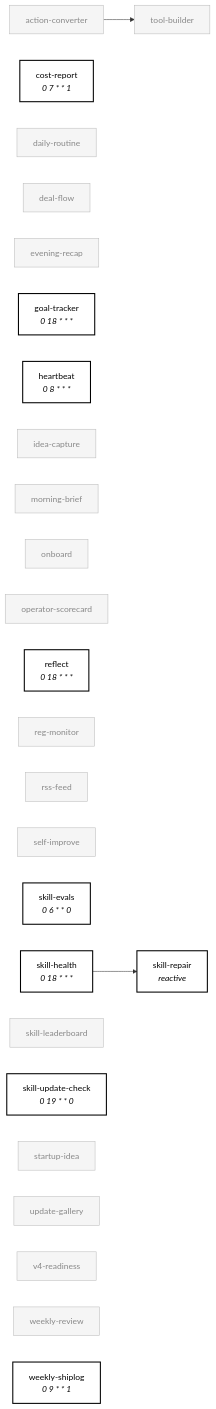
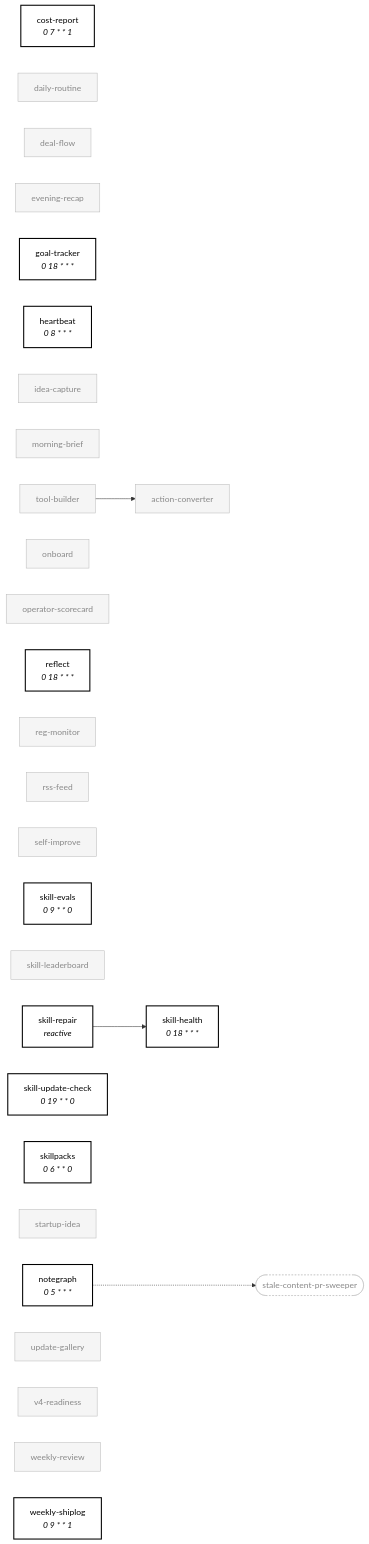
One commit to swarm-ai-research/aeon changed the seventh of 8 diagrams in docs/skill-graph.md. Above: the diagram before and after it, drawn with Mermaid. The commit also changed other lines of this file and 1 other file, not shown here.

First line of the commit message:
docs(skill-graph): regenerate map (172 skills, 43 enabled, mode=SKILL_GRAPH_NEW)

````diff
--- a/docs/skill-graph.md
+++ b/docs/skill-graph.md
@@ -387,25 +414,57 @@
     heartbeat["heartbeat<br/><i>0 8 * * *</i>"]
     idea-capture["idea-capture"]
     morning-brief["morning-brief"]
+    notegraph["notegraph<br/><i>0 5 * * *</i>"]
     onboard["onboard"]
     operator-scorecard["operator-scorecard"]
     reflect["reflect<br/><i>0 18 * * *</i>"]
     reg-monitor["reg-monitor"]
     rss-feed["rss-feed"]
     self-improve["self-improve"]
-    skill-evals["skill-evals<br/><i>0 6 * * 0</i>"]
+    skill-evals["skill-evals<br/><i>0 9 * * 0</i>"]
     skill-health["skill-health<br/><i>0 18 * * *</i>"]
     skill-leaderboard["skill-leaderboard"]
     skill-repair["skill-repair<br/><i>reactive</i>"]
     skill-update-check["skill-update-check<br/><i>0 19 * * 0</i>"]
+    skillpacks["skillpacks<br/><i>0 6 * * 0</i>"]
     startup-idea["startup-idea"]
     tool-builder["tool-builder"]
     update-gallery["update-gallery"]
     v4-readiness["v4-readiness"]
     weekly-review["weekly-review"]
     weekly-shiplog["weekly-shiplog<br/><i>0 9 * * 1</i>"]
-    action-converter --> tool-builder
-    skill-health --> skill-repair
+    stale-content-pr-sweeper(["stale-content-pr-sweeper"]):::external
+    skill-repair --> skill-health
+    tool-builder --> action-converter
+    notegraph -..-> stale-content-pr-sweeper
+    class action-converter disabled
+    class cost-report enabled
+    class daily-routine disabled
+    class deal-flow disabled
+    class evening-recap disabled
+    class goal-tracker enabled
+    class heartbeat enabled
+    class idea-capture disabled
+    class morning-brief disabled
+    class notegraph enabled
+    class onboard disabled
+    class operator-scorecard disabled
+    class reflect enabled
+    class reg-monitor disabled
+    class rss-feed disabled
+    class self-improve disabled
+    class skill-evals enabled
+    class skill-health enabled
+    class skill-leaderboard disabled
+    class skill-repair enabled
+    class skill-update-check enabled
+    class skillpacks enabled
+    class startup-idea disabled
+    class tool-builder disabled
+    class update-gallery disabled
+    class v4-readiness disabled
+    class weekly-review disabled
+    class weekly-shiplog enabled
     click action-converter "../skills/action-converter/SKILL.md"
     click cost-report "../skills/cost-report/SKILL.md"
     click daily-routine "../skills/daily-routine/SKILL.md"
@@ -415,6 +474,7 @@
     click heartbeat "../skills/heartbeat/SKILL.md"
     click idea-capture "../skills/idea-capture/SKILL.md"
     click morning-brief "../skills/morning-brief/SKILL.md"
+    click notegraph "../skills/notegraph/SKILL.md"
     click onboard "../skills/onboard/SKILL.md"
     click operator-scorecard "../skills/operator-scorecard/SKILL.md"
     click reflect "../skills/reflect/SKILL.md"
@@ -426,12 +486,12 @@
     click skill-leaderboard "../skills/skill-leaderboard/SKILL.md"
     click skill-repair "../skills/skill-repair/SKILL.md"
     click skill-update-check "../skills/skill-update-check/SKILL.md"
+    click skillpacks "../skills/skillpacks/SKILL.md"
     click startup-idea "../skills/startup-idea/SKILL.md"
     click tool-builder "../skills/tool-builder/SKILL.md"
     click update-gallery "../skills/update-gallery/SKILL.md"
     click v4-readiness "../skills/v4-readiness/SKILL.md"
     click weekly-review "../skills/weekly-review/SKILL.md"
     click weekly-shiplog "../skills/weekly-shiplog/SKILL.md"
-    class cost-report,goal-tracker,heartbeat,reflect,skill-evals,skill-health,skill-repair,skill-update-check,weekly-shiplog enabled
-    class action-converter,daily-routine,deal-flow,evening-recap,idea-capture,morning-brief,onboard,operator-scorecard,reg-monitor,rss-feed,self-improve,skill-leaderboard,startup-idea,tool-builder,update-gallery,v4-readiness,weekly-review disabled
+    click stale-content-pr-sweeper "../skills/stale-content-pr-sweeper/SKILL.md"
 ```
````
